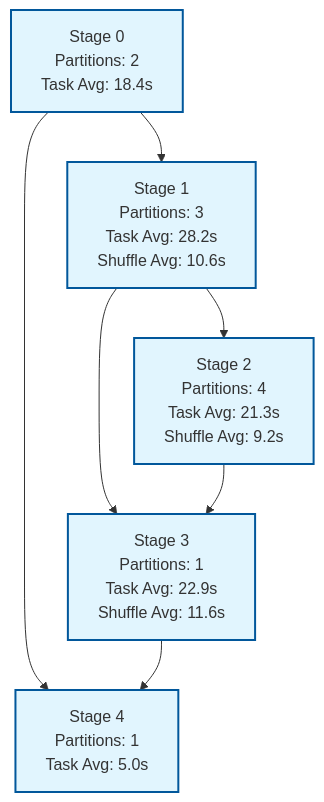
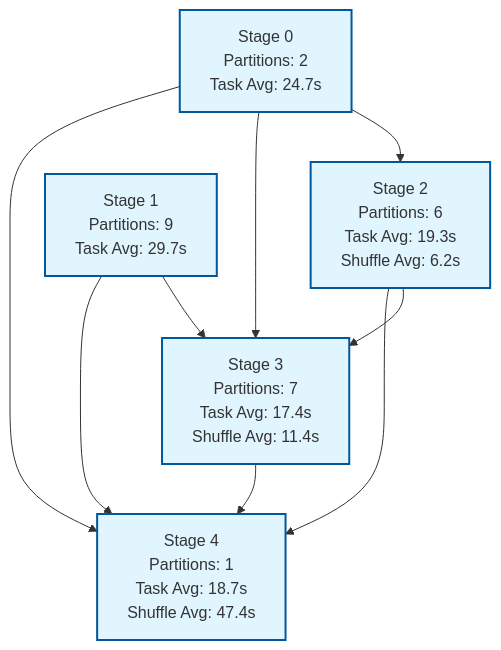
One commit to fhalde/fauxspark changed the diagram in examples/generated/run1/README.md. Above: the diagram before and after it, drawn with Mermaid. The commit also changed other lines of this file and 9 other files, not shown here.

````diff
--- a/examples/generated/run1/README.md
+++ b/examples/generated/run1/README.md
@@ -9,12 +9,14 @@
 ```mermaid
 graph TD
-    Stage0["Stage 0<br/>Partitions: 2<br/>Task Avg: 18.4s"] --> Stage1["Stage 1<br/>Partitions: 3<br/>Task Avg: 28.2s<br/>Shuffle Avg: 10.6s"]
-    Stage1 --> Stage2["Stage 2<br/>Partitions: 4<br/>Task Avg: 21.3s<br/>Shuffle Avg: 9.2s"]
-    Stage1 --> Stage3["Stage 3<br/>Partitions: 1<br/>Task Avg: 22.9s<br/>Shuffle Avg: 11.6s"]
+    Stage0["Stage 0<br/>Partitions: 2<br/>Task Avg: 24.7s"] --> Stage2["Stage 2<br/>Partitions: 6<br/>Task Avg: 19.3s<br/>Shuffle Avg: 6.2s"]
+    Stage1["Stage 1<br/>Partitions: 9<br/>Task Avg: 29.7s"] --> Stage3["Stage 3<br/>Partitions: 7<br/>Task Avg: 17.4s<br/>Shuffle Avg: 11.4s"]
+    Stage0 --> Stage3
     Stage2 --> Stage3
-    Stage0 --> Stage4["Stage 4<br/>Partitions: 1<br/>Task Avg: 5.0s"]
+    Stage0 --> Stage4["Stage 4<br/>Partitions: 1<br/>Task Avg: 18.7s<br/>Shuffle Avg: 47.4s"]
+    Stage1 --> Stage4
+    Stage2 --> Stage4
     Stage3 --> Stage4
 
     classDef stageBox fill:#e1f5fe,stroke:#01579b,stroke-width:2px
     class Stage0,Stage1,Stage2,Stage3,Stage4 stageBox
 ```
````
